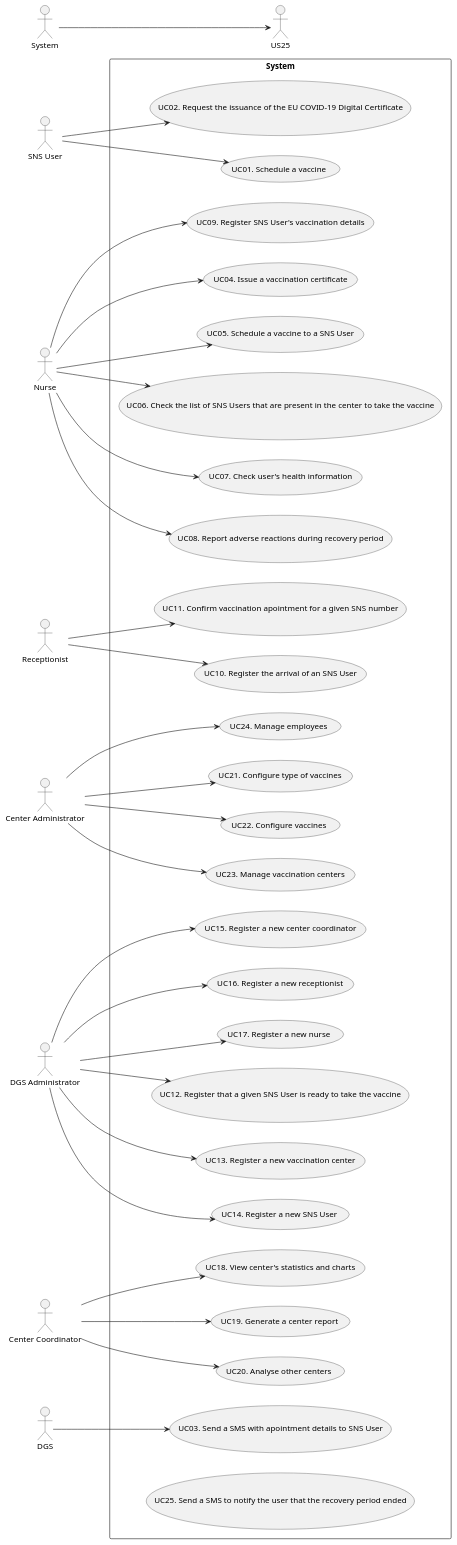
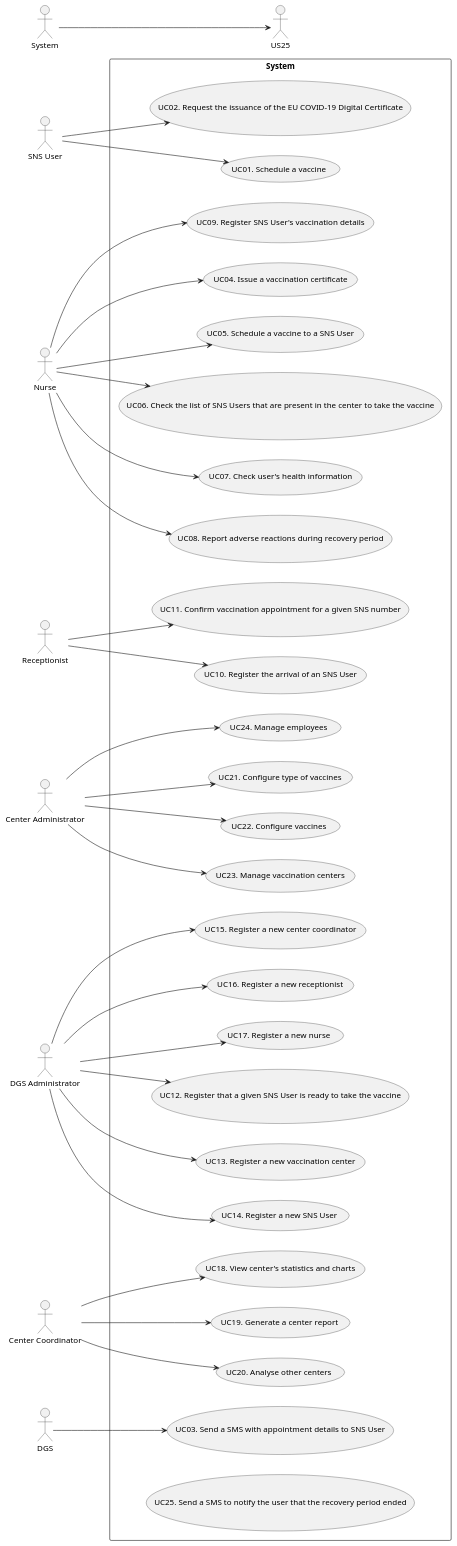
One commit to miseEnPlace-i/lapr2 changed the diagram in docs/SprintA/UCD.puml. Above: the diagram before and after it, drawn with PlantUML. The commit also changed 1 other file, not shown here.

```diff
--- a/docs/SprintA/UCD.puml
+++ b/docs/SprintA/UCD.puml
@@ -1,68 +1,68 @@
 @startuml UCD
 
 left to right direction
 
 actor "SNS User" as user
 actor "Nurse" as nurse
 actor "Receptionist" as recept
 actor "Center Administrator" as cadmin
 actor "DGS Administrator" as dgsadmin
 actor "Center Coordinator" as coordinator
 actor "DGS" as dgs
 actor "System" as system
 
 rectangle System {
   usecase "UC01. Schedule a vaccine" as UC01
   usecase "UC02. Request the issuance of the EU COVID-19 Digital Certificate" as UC02
-  usecase "UC03. Send a SMS with apointment details to SNS User" as UC03
+  usecase "UC03. Send a SMS with appointment details to SNS User" as UC03
   usecase "UC04. Issue a vaccination certificate" as UC04
   usecase "UC05. Schedule a vaccine to a SNS User" as UC05
   usecase "UC06. Check the list of SNS Users that are present in the center to take the vaccine" as UC06
   usecase "UC07. Check user's health information" as UC07
   usecase "UC08. Report adverse reactions during recovery period" as UC08
   usecase "UC09. Register SNS User's vaccination details" as UC09
   usecase "UC10. Register the arrival of an SNS User" as UC10
-  usecase "UC11. Confirm vaccination apointment for a given SNS number" as UC11
+  usecase "UC11. Confirm vaccination appointment for a given SNS number" as UC11
   usecase "UC12. Register that a given SNS User is ready to take the vaccine" as UC12
   usecase "UC13. Register a new vaccination center" as UC13
   usecase "UC14. Register a new SNS User" as UC14
   usecase "UC15. Register a new center coordinator" as UC15
   usecase "UC16. Register a new receptionist" as UC16
   usecase "UC17. Register a new nurse" as UC17
   usecase "UC18. View center's statistics and charts" as UC18
   usecase "UC19. Generate a center report" as UC19
   usecase "UC20. Analyse other centers" as UC20
   usecase "UC21. Configure type of vaccines" as UC21
   usecase "UC22. Configure vaccines" as UC22
   usecase "UC23. Manage vaccination centers" as UC23
   usecase "UC24. Manage employees" as UC24
   usecase "UC25. Send a SMS to notify the user that the recovery period ended" as UC25
 }
 
 user --> UC01
 user --> UC02
 dgs --> UC03
 nurse --> UC04
 nurse --> UC05
 nurse --> UC06
 nurse --> UC07
 nurse --> UC08
 nurse --> UC09
 recept --> UC10
 recept --> UC11
 dgsadmin --> UC12
 dgsadmin --> UC13
 dgsadmin --> UC14
 dgsadmin --> UC15
 dgsadmin --> UC16
 dgsadmin --> UC17
 coordinator --> UC18
 coordinator --> UC19
 coordinator --> UC20
 cadmin --> UC21
 cadmin --> UC22
 cadmin --> UC23
 cadmin --> UC24
 system --> US25
 
 @enduml
```
